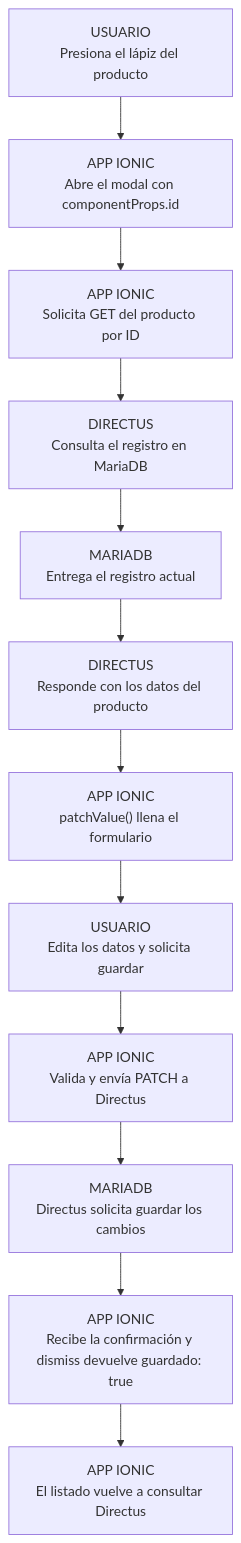
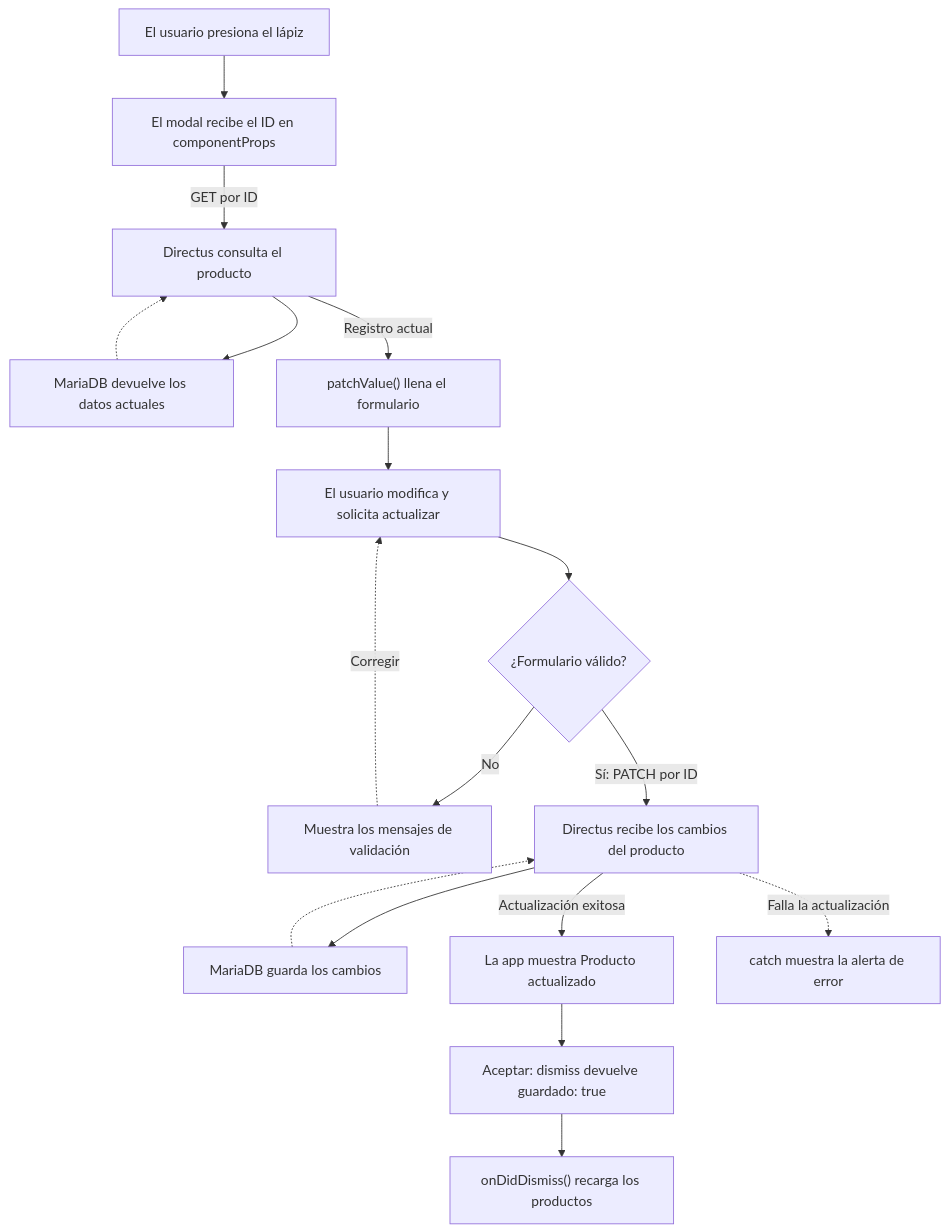
One commit to JonathanDeLaCruz/docker_moviles changed the diagram in docs/manuales/recursos/flujos/04-actualizar-modal.mmd. Above: the diagram before and after it, drawn with Mermaid. The commit also changed 97 other files, not shown here.

Commit message:
Restaura diagramas con ramas y flujo descendente en los manuales

```diff
--- a/docs/manuales/recursos/flujos/04-actualizar-modal.mmd
+++ b/docs/manuales/recursos/flujos/04-actualizar-modal.mmd
@@ -1,24 +1,31 @@
 flowchart TD
-  N0["USUARIO<br/>Presiona el lápiz del producto"]
-  N1["APP IONIC<br/>Abre el modal con componentProps.id"]
-  N2["APP IONIC<br/>Solicita GET del producto por ID"]
-  N3["DIRECTUS<br/>Consulta el registro en MariaDB"]
-  N4["MARIADB<br/>Entrega el registro actual"]
-  N5["DIRECTUS<br/>Responde con los datos del producto"]
-  N6["APP IONIC<br/>patchValue() llena el formulario"]
-  N7["USUARIO<br/>Edita los datos y solicita guardar"]
-  N8["APP IONIC<br/>Valida y envía PATCH a Directus"]
-  N9["MARIADB<br/>Directus solicita guardar los cambios"]
-  N10["APP IONIC<br/>Recibe la confirmación y dismiss devuelve guardado: true"]
-  N11["APP IONIC<br/>El listado vuelve a consultar Directus"]
-  N0 --> N1
-  N1 --> N2
-  N2 --> N3
-  N3 --> N4
-  N4 --> N5
-  N5 --> N6
-  N6 --> N7
-  N7 --> N8
-  N8 --> N9
-  N9 --> N10
-  N10 --> N11
+  A["El usuario presiona el lápiz"]
+  B["El modal recibe el ID en componentProps"]
+  GET["Directus consulta el producto"]
+  DBR["MariaDB devuelve los datos actuales"]
+  FORM["patchValue() llena el formulario"]
+  EDIT["El usuario modifica y solicita actualizar"]
+  V{"¿Formulario válido?"}
+  INVALID["Muestra los mensajes de validación"]
+  PATCH["Directus recibe los cambios del producto"]
+  DBW["MariaDB guarda los cambios"]
+  OK["La app muestra Producto actualizado"]
+  RETURN["Aceptar: dismiss devuelve guardado: true"]
+  LIST["onDidDismiss() recarga los productos"]
+  ERROR["catch muestra la alerta de error"]
+  A --> B
+  B -->|"GET por ID"| GET
+  GET --> DBR
+  DBR -.-> GET
+  GET -->|"Registro actual"| FORM
+  FORM --> EDIT
+  EDIT --> V
+  V -->|"No"| INVALID
+  INVALID -.->|"Corregir"| EDIT
+  V -->|"Sí: PATCH por ID"| PATCH
+  PATCH --> DBW
+  DBW -.-> PATCH
+  PATCH -->|"Actualización exitosa"| OK
+  OK --> RETURN
+  RETURN --> LIST
+  PATCH -.->|"Falla la actualización"| ERROR
```
